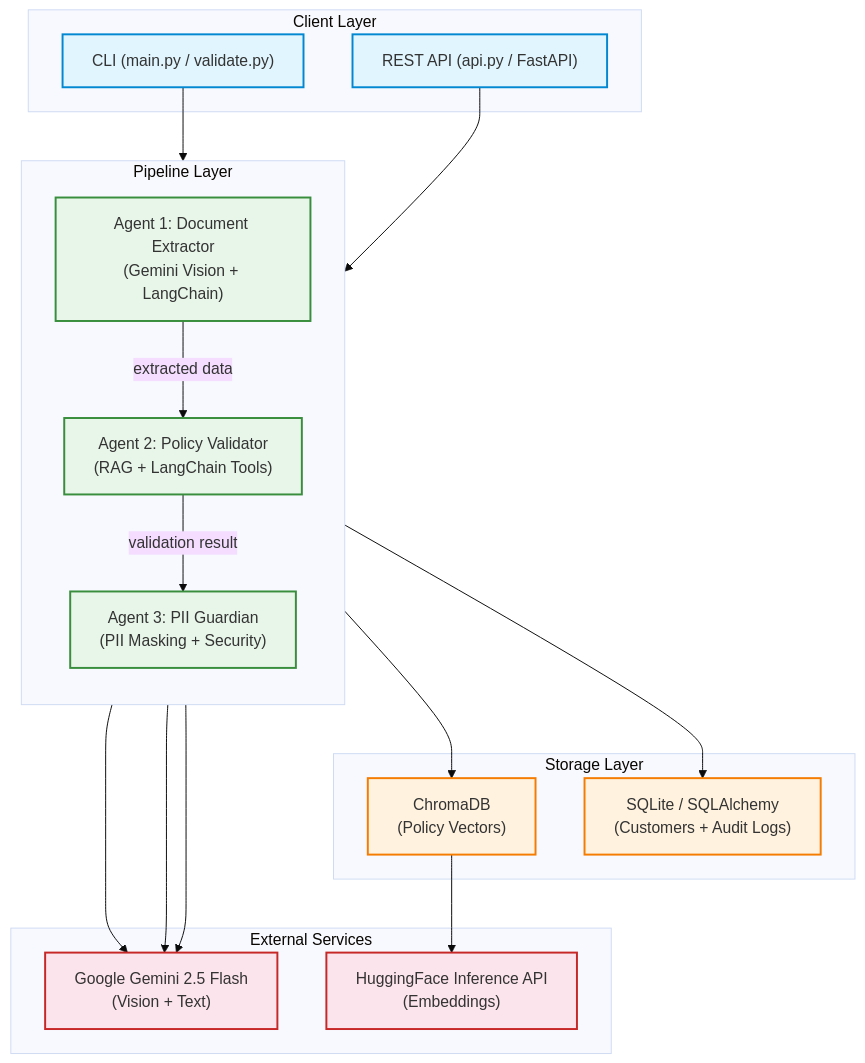
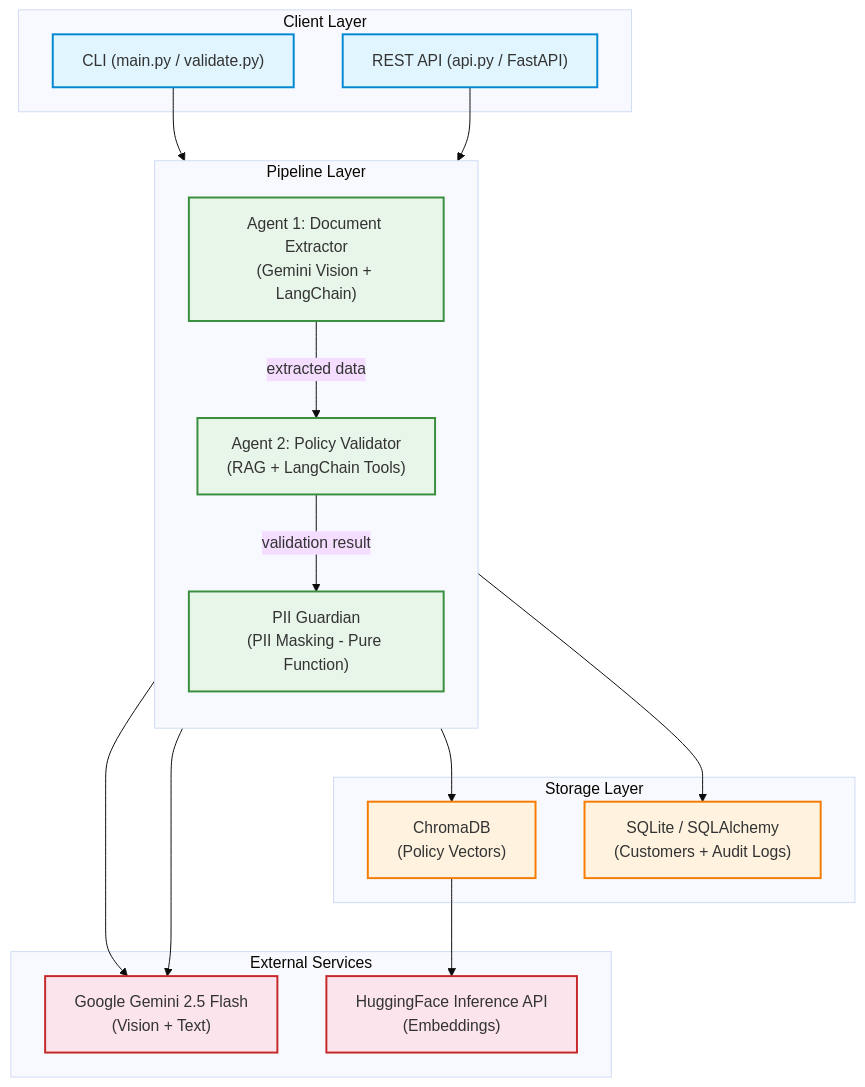
Before and after one commit to jelimutaalidev/multi-agent-onboarding: the first of 2 diagrams in README.md, drawn with Mermaid (base theme). The commit also changed other lines of this file, not shown here.

````diff
--- a/README.md
+++ b/README.md
@@ -24,45 +24,44 @@
 ```mermaid
 flowchart TB
     subgraph Client["Client Layer"]
         CLI["CLI (main.py / validate.py)"]
         REST["REST API (api.py / FastAPI)"]
     end
 
     subgraph Pipeline["Pipeline Layer"]
         direction TB
         A1["Agent 1: Document Extractor<br/>(Gemini Vision + LangChain)"]
         A2["Agent 2: Policy Validator<br/>(RAG + LangChain Tools)"]
-        A3["Agent 3: PII Guardian<br/>(PII Masking + Security)"]
+        A3["PII Guardian<br/>(PII Masking - Pure Function)"]
         A1 -->|extracted data| A2
         A2 -->|validation result| A3
     end
 
     subgraph Storage["Storage Layer"]
         CHROMA["ChromaDB<br/>(Policy Vectors)"]
         SQLITE["SQLite / SQLAlchemy<br/>(Customers + Audit Logs)"]
     end
 
     subgraph External["External Services"]
         GEMINI["Google Gemini 2.5 Flash<br/>(Vision + Text)"]
         HF["HuggingFace Inference API<br/>(Embeddings)"]
     end
 
     CLI --> A1
     REST --> A1
     A3 --> SQLITE
     A2 --> CHROMA
     A1 --> GEMINI
     A2 --> GEMINI
-    A3 --> GEMINI
     CHROMA --> HF
 
     classDef client fill:#e1f5fe,stroke:#0288d1,stroke-width:2px
     classDef agent fill:#e8f5e9,stroke:#388e3c,stroke-width:2px
     classDef storage fill:#fff3e0,stroke:#f57c00,stroke-width:2px
     classDef external fill:#fce4ec,stroke:#c62828,stroke-width:2px
 
     class CLI,REST client
     class A1,A2,A3 agent
     class CHROMA,SQLITE storage
     class GEMINI,HF external
 ```
````
